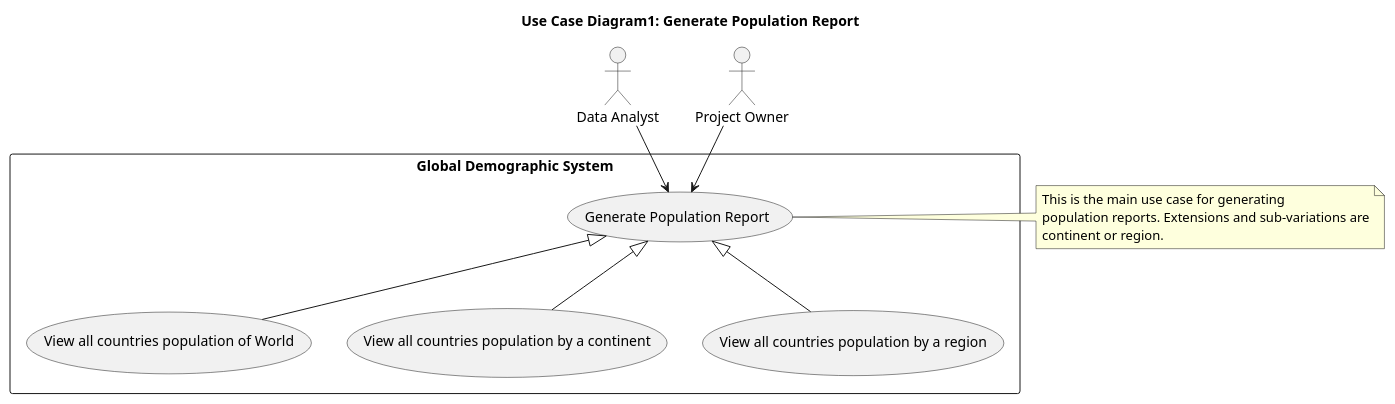
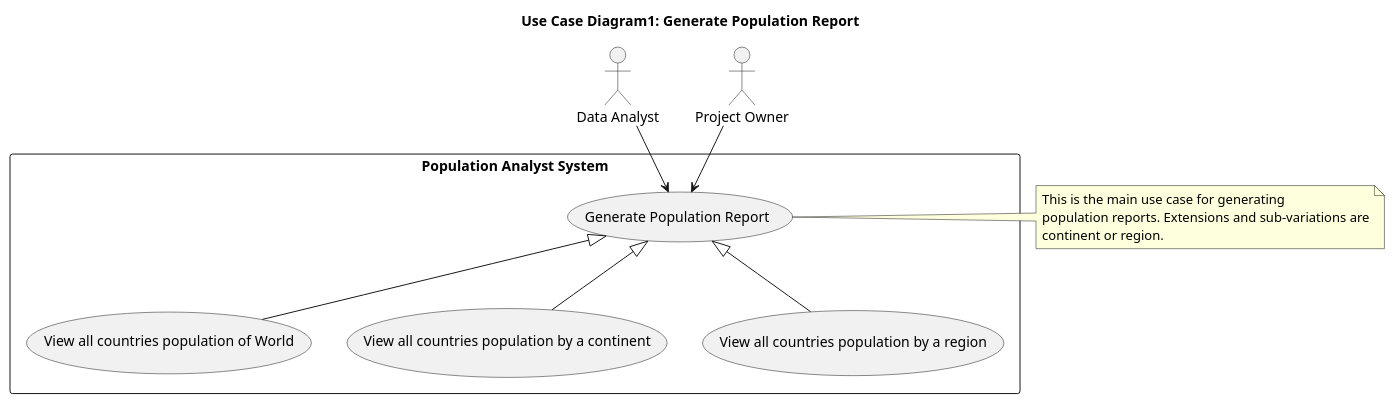
The diagram in src/main/java/com/napier/sem/usecase1.puml (MoeMyintThawDevOps/sem), drawn with PlantUML before and after one commit. The commit also changed 2 other files, not shown here.

```diff
--- a/src/main/java/com/napier/sem/usecase1.puml
+++ b/src/main/java/com/napier/sem/usecase1.puml
@@ -1,29 +1,29 @@
 @startuml
 title Use Case Diagram1: Generate Population Report
 
 actor "Data Analyst" as Analyst
 actor "Project Owner" as Owner
 
-rectangle "Global Demographic System" {
+rectangle "Population Analyst System" {
 
     usecase "Generate Population Report" as UC_Main
 
     usecase "View all countries population of World" as UC_World
     usecase "View all countries population by a continent" as UC_Continent
     usecase "View all countries population by a region" as UC_Region
 }
 
 Owner --> UC_Main
 Analyst --> UC_Main
 
 UC_Main <|-- UC_World
 UC_Main <|-- UC_Continent
 UC_Main <|-- UC_Region
 
 note right of UC_Main
 This is the main use case for generating
 population reports. Extensions and sub-variations are
 continent or region.
 end note
 
 @enduml
```
